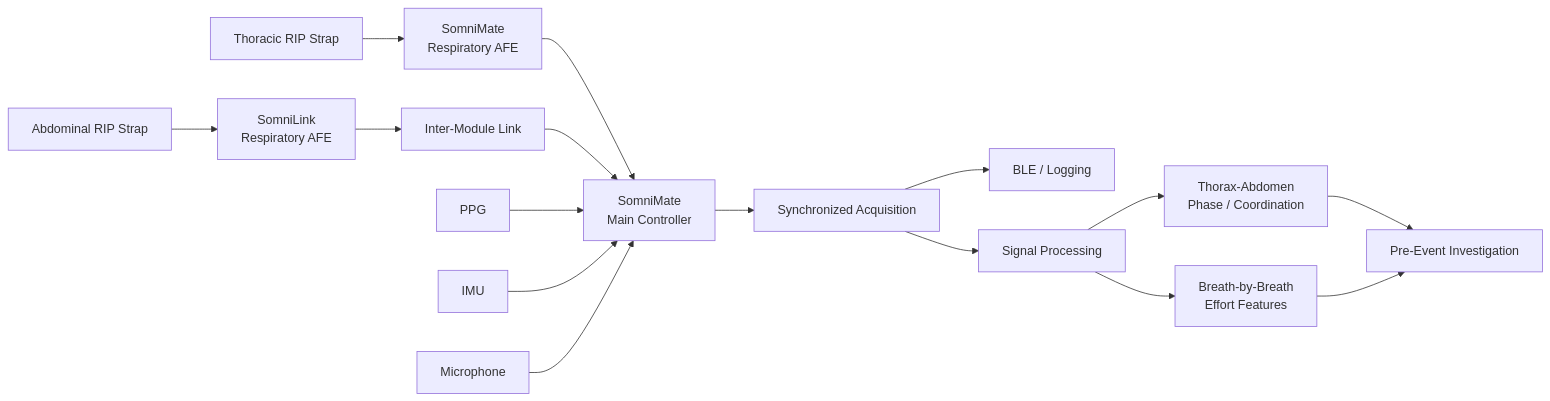
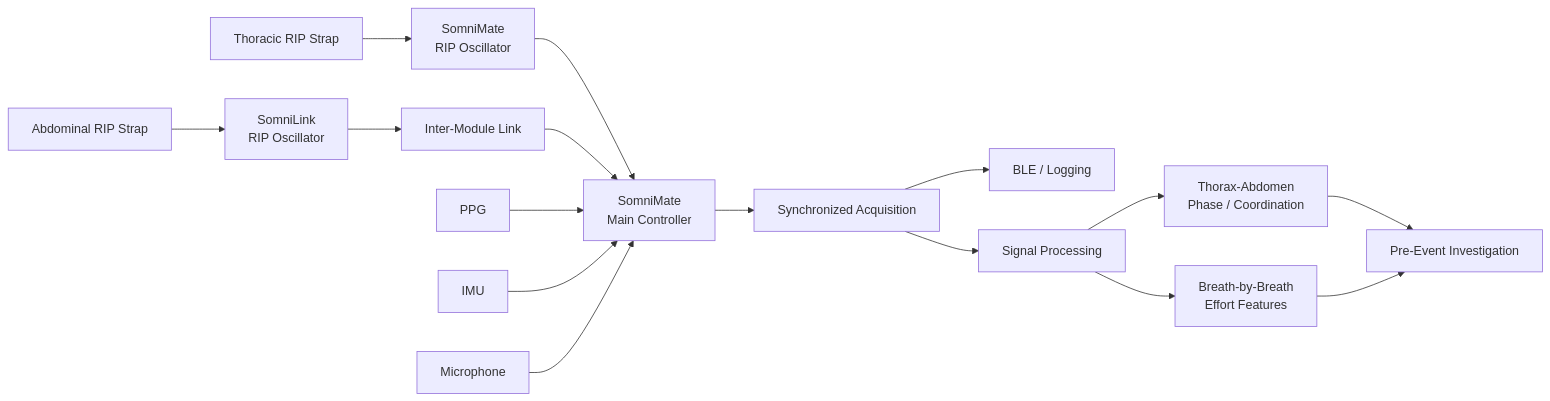
Before and after one commit to CDonohoe-Designs/SomniMate: the fifth of 5 diagrams in README.md, drawn with Mermaid. The commit also changed other lines of this file, not shown here.

Commit message:
Document first-pass RIP oscillator design

````diff
--- a/README.md
+++ b/README.md
@@ -156,22 +267,22 @@
 ```mermaid
 flowchart LR
-    A["Thoracic RIP Strap"] --> B["SomniMate<br/>Respiratory AFE"]
-    C["Abdominal RIP Strap"] --> D["SomniLink<br/>Respiratory AFE"]
+    A["Thoracic RIP Strap"] --> B["SomniMate<br/>RIP Oscillator"]
+    C["Abdominal RIP Strap"] --> D["SomniLink<br/>RIP Oscillator"]
 
     D --> E["Inter-Module Link"]
     B --> F["SomniMate<br/>Main Controller"]
     E --> F
 
     G["PPG"] --> F
     H["IMU"] --> F
     I["Microphone"] --> F
 
     F --> J["Synchronized Acquisition"]
     J --> K["BLE / Logging"]
     J --> L["Signal Processing"]
 
     L --> M["Thorax-Abdomen<br/>Phase / Coordination"]
     L --> N["Breath-by-Breath<br/>Effort Features"]
     M --> O["Pre-Event Investigation"]
     N --> O
 ```
````
